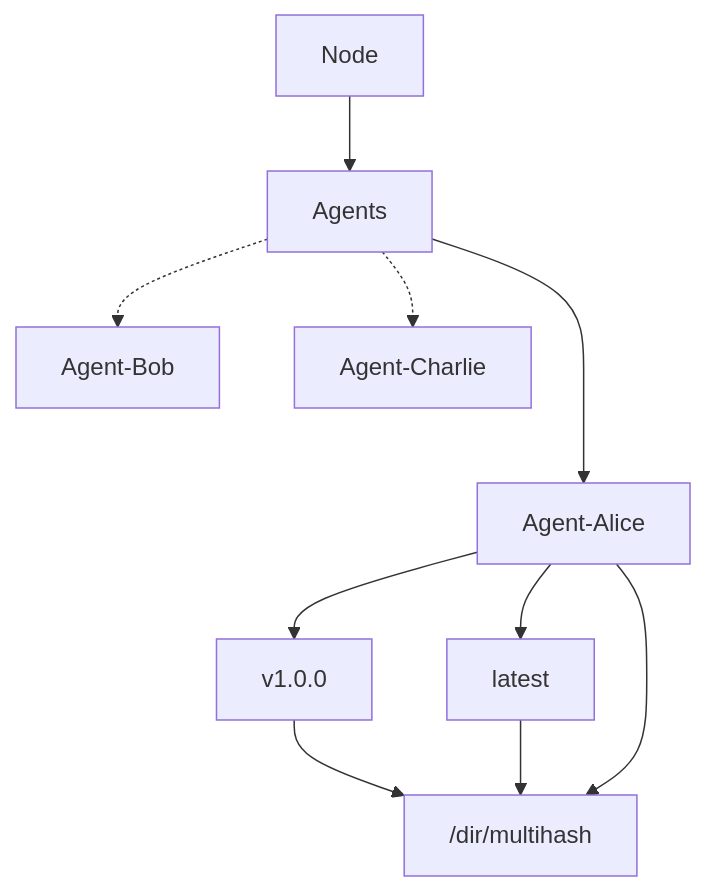
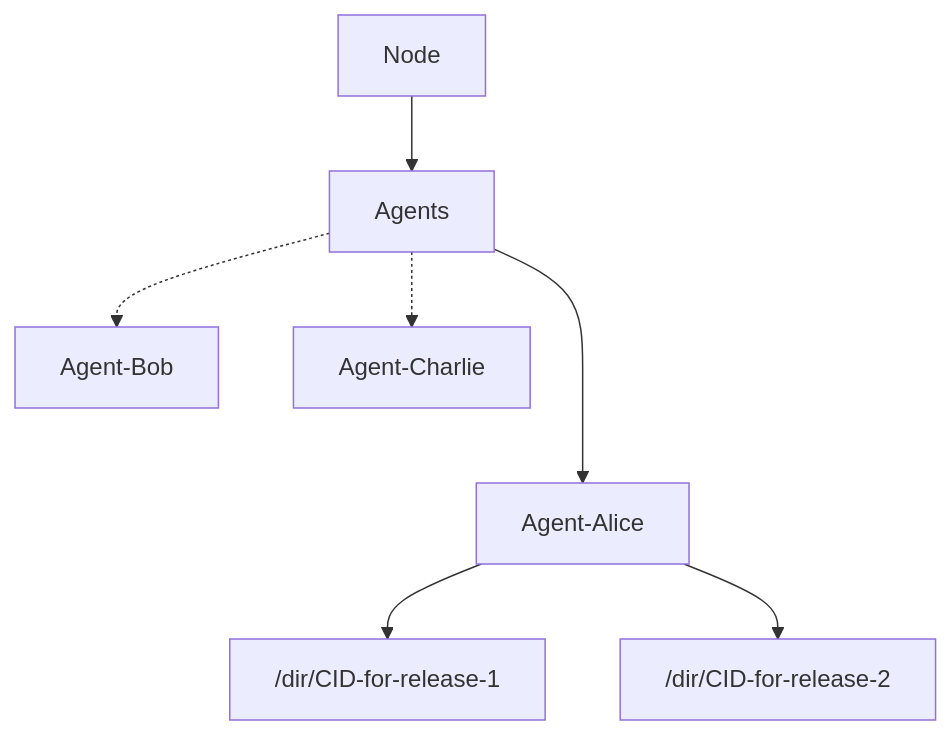
One commit to agntcy/dir changed the first of 2 diagrams in ARCHITECTURE.md. Above: the diagram before and after it, drawn with Mermaid. The commit also changed other lines of this file, not shown here.

````diff
--- a/ARCHITECTURE.md
+++ b/ARCHITECTURE.md
@@ -117,16 +117,11 @@
 ```mermaid
 flowchart TD
     Node --> Agents
 
     Agents ---> Agent-Alice
     Agents .-> Agent-Bob
     Agents .-> Agent-Charlie
 
-    Agent-Alice --> v1.0.0
-    Agent-Alice --> latest
-    
-    v1.0.0 --> /dir/multihash
-    latest --> /dir/multihash
-
-    Agent-Alice --> /dir/multihash
+    Agent-Alice --> /dir/CID-for-release-1
+    Agent-Alice --> /dir/CID-for-release-2
 ```
````
